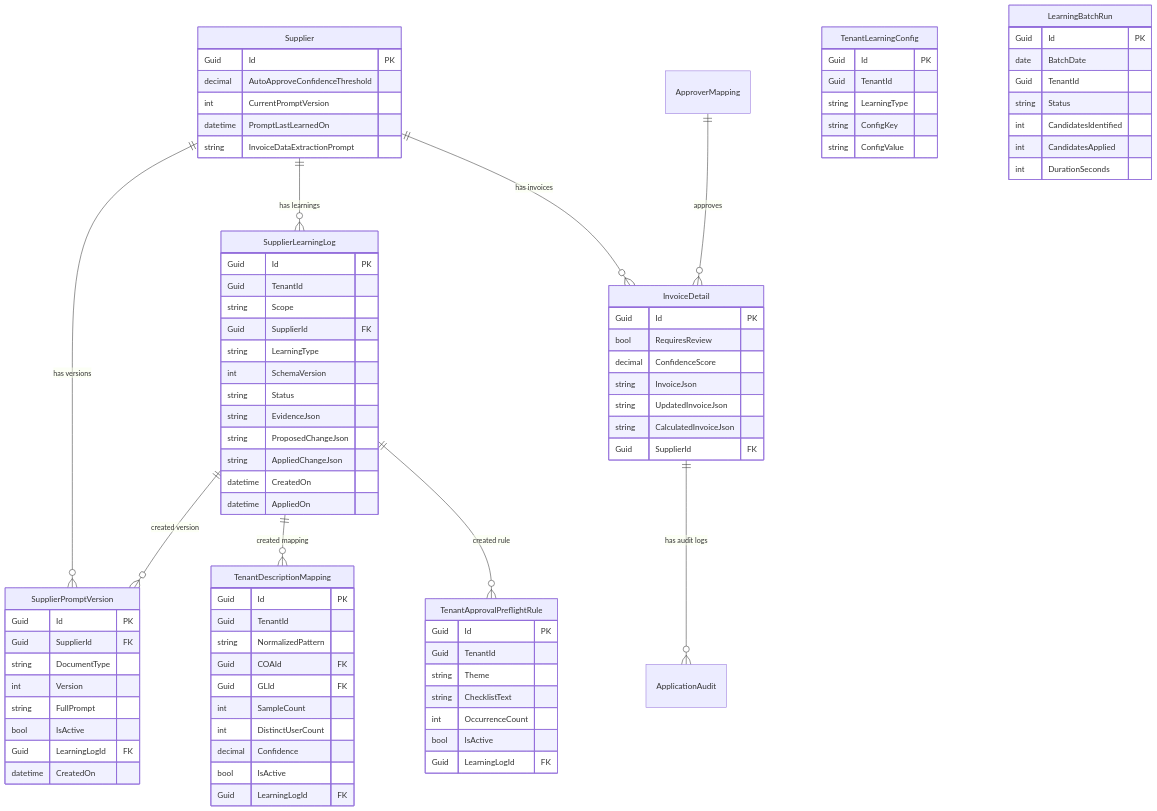
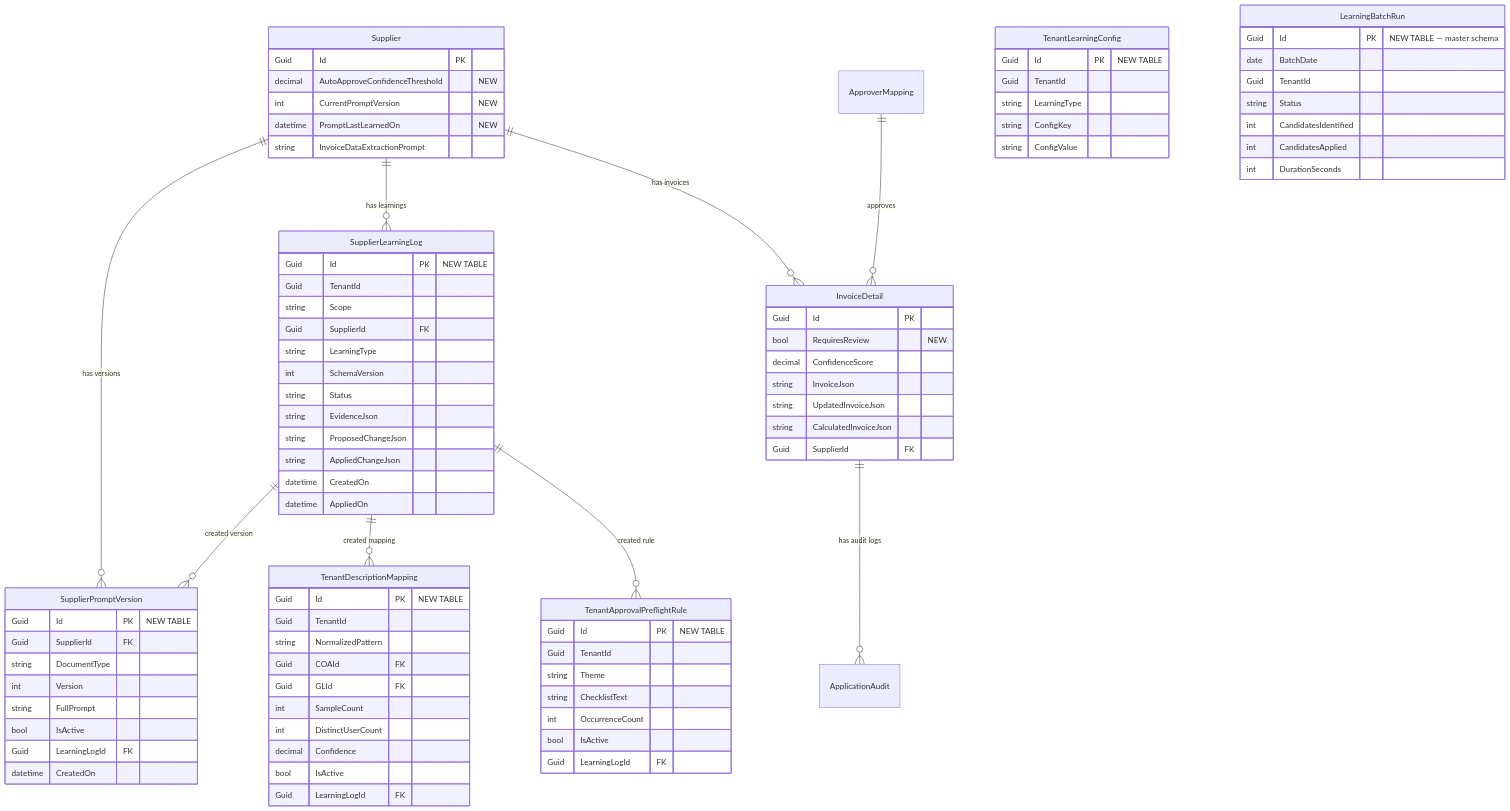
Before and after one commit to Anubhav-Singh13/Monk_Intelligence: the third of 14 diagrams in LearningAgent_LLD.md, drawn with Mermaid. The commit also changed other lines of this file, not shown here.

```diff
--- a/LearningAgent_LLD.md
+++ b/LearningAgent_LLD.md
@@ -159,15 +159,15 @@
 
     Supplier {
         Guid Id PK
-        decimal AutoApproveConfidenceThreshold
-        int CurrentPromptVersion
-        datetime PromptLastLearnedOn
+        decimal AutoApproveConfidenceThreshold "NEW"
+        int CurrentPromptVersion "NEW"
+        datetime PromptLastLearnedOn "NEW"
         string InvoiceDataExtractionPrompt
     }
 
     InvoiceDetail {
         Guid Id PK
-        bool RequiresReview
+        bool RequiresReview "NEW"
         decimal ConfidenceScore
         string InvoiceJson
         string UpdatedInvoiceJson
@@ -176,7 +176,7 @@
     }
 
     SupplierLearningLog {
-        Guid Id PK
+        Guid Id PK "NEW TABLE"
         Guid TenantId
         string Scope
         Guid SupplierId FK
@@ -191,7 +191,7 @@
     }
 
     SupplierPromptVersion {
-        Guid Id PK
+        Guid Id PK "NEW TABLE"
         Guid SupplierId FK
         string DocumentType
         int Version
@@ -202,7 +202,7 @@
     }
 
     TenantDescriptionMapping {
-        Guid Id PK
+        Guid Id PK "NEW TABLE"
         Guid TenantId
         string NormalizedPattern
         Guid COAId FK
@@ -215,7 +215,7 @@
     }
 
     TenantApprovalPreflightRule {
-        Guid Id PK
+        Guid Id PK "NEW TABLE"
         Guid TenantId
         string Theme
         string ChecklistText
@@ -225,7 +225,7 @@
     }
 
     TenantLearningConfig {
-        Guid Id PK
+        Guid Id PK "NEW TABLE"
         Guid TenantId
         string LearningType
         string ConfigKey
@@ -233,7 +233,7 @@
     }
 
     LearningBatchRun {
-        Guid Id PK
+        Guid Id PK "NEW TABLE — master schema"
         date BatchDate
         Guid TenantId
         string Status
```
